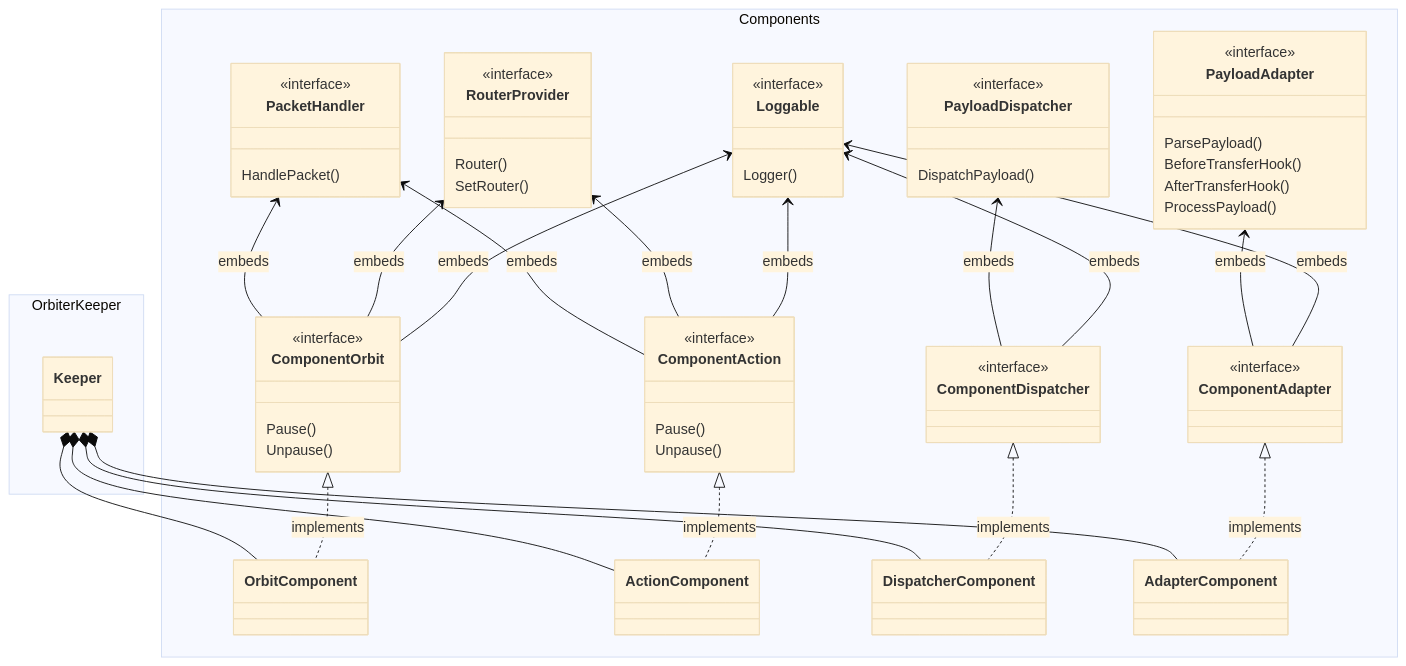
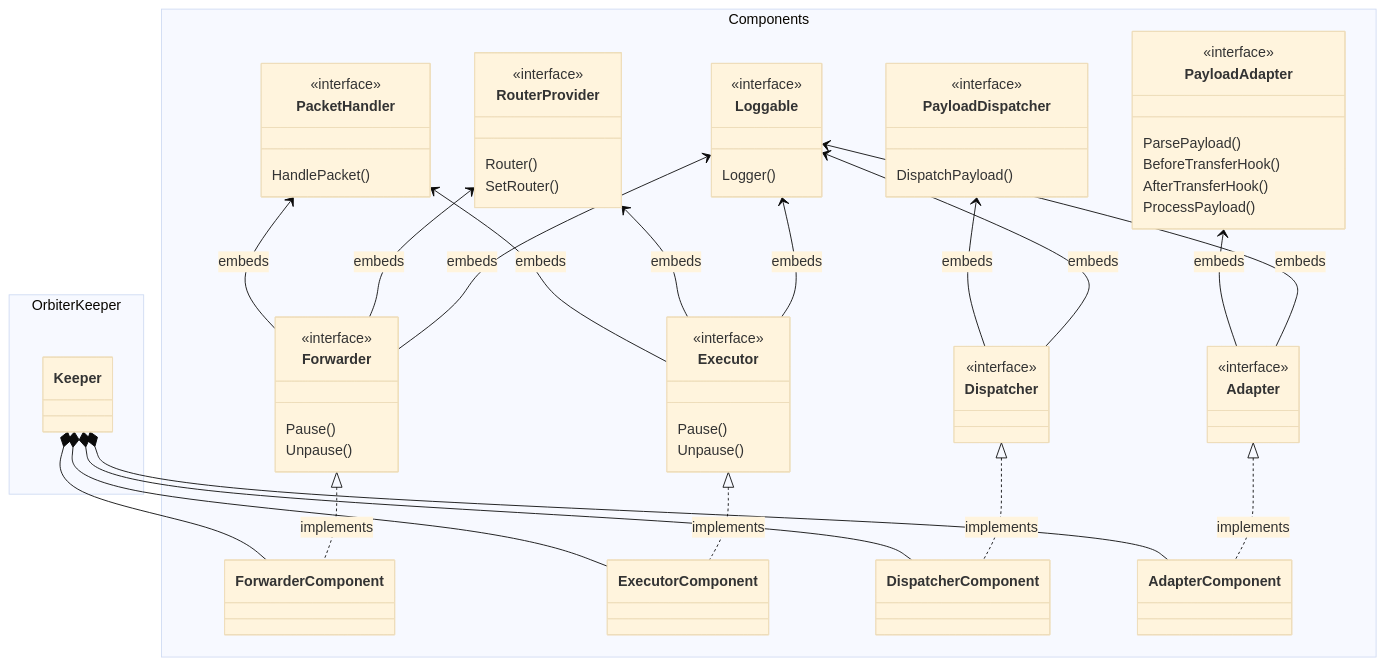
The third of 5 diagrams in ARCHITECTURE.md (noble-assets/orbiter), drawn with Mermaid (base theme) before and after one commit. The commit also changed other lines of this file and 1 other file, not shown here.

````diff
--- a/ARCHITECTURE.md
+++ b/ARCHITECTURE.md
@@ -325,36 +325,36 @@
         ProcessPayload()
     }
 
-    class ComponentOrbit["ComponentOrbit"] {
+    class Forwarder {
         <<interface>>
         Pause()
         Unpause()
     }
 
-    class ComponentAction["ComponentAction"] {
+    class Executor {
         <<interface>>
         Pause()
         Unpause()
     }
 
-    class ComponentDispatcher["ComponentDispatcher"] {
+    class Dispatcher {
         <<interface>>
     }
 
-    class ComponentAdapter["ComponentAdapter"] {
+    class Adapter {
         <<interface>>
     }
 
-    class OrbitComponent["OrbitComponent"] {
+    class ForwarderComponent {
     }
 
-    class ActionComponent["ActionComponent"] {
+    class ExecutorComponent {
     }
 
-    class DispatcherComponent["DispatcherComponent"] {
+    class DispatcherComponent {
     }
 
-    class AdapterComponent["AdapterComponent"] {
+    class AdapterComponent {
     }
     }
     namespace Orbiter Keeper{
@@ -363,27 +363,27 @@
     }
 
 
-    Loggable <-- ComponentOrbit : embeds
-    RouterProvider <-- ComponentOrbit : embeds
-    PacketHandler <-- ComponentOrbit : embeds
+    Loggable <-- Forwarder : embeds
+    RouterProvider <-- Forwarder : embeds
+    PacketHandler <-- Forwarder : embeds
 
-    Loggable <-- ComponentAction : embeds
-    RouterProvider <-- ComponentAction : embeds
-    PacketHandler <-- ComponentAction : embeds
+    Loggable <-- Executor : embeds
+    RouterProvider <-- Executor : embeds
+    PacketHandler <-- Executor : embeds
 
-    Loggable <-- ComponentDispatcher : embeds
-    PayloadDispatcher <-- ComponentDispatcher : embeds
+    Loggable <-- Dispatcher : embeds
+    PayloadDispatcher <-- Dispatcher : embeds
 
-    Loggable <-- ComponentAdapter : embeds
-    PayloadAdapter <-- ComponentAdapter : embeds
+    Loggable <-- Adapter : embeds
+    PayloadAdapter <-- Adapter : embeds
 
-    ComponentAction <|.. ActionComponent : implements
-    ComponentOrbit <|.. OrbitComponent : implements
-    ComponentDispatcher <|.. DispatcherComponent : implements
-    ComponentAdapter <|.. AdapterComponent : implements
+    Executor <|.. ExecutorComponent : implements
+    Forwarder <|.. ForwarderComponent : implements
+    Dispatcher <|.. DispatcherComponent : implements
+    Adapter <|.. AdapterComponent : implements
 
-    Keeper *-- ActionComponent
-    Keeper *-- OrbitComponent
+    Keeper *-- ExecutorComponent
+    Keeper *-- ForwarderComponent
     Keeper *-- DispatcherComponent
     Keeper *-- AdapterComponent
 ```
````
